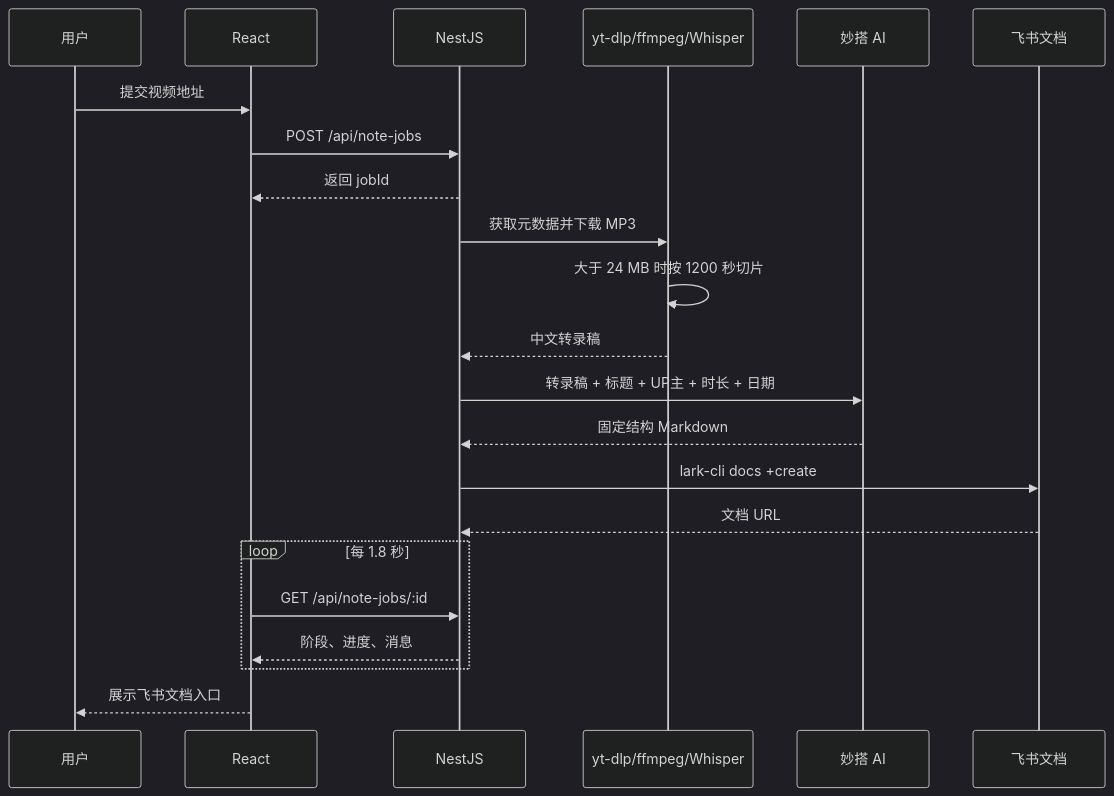
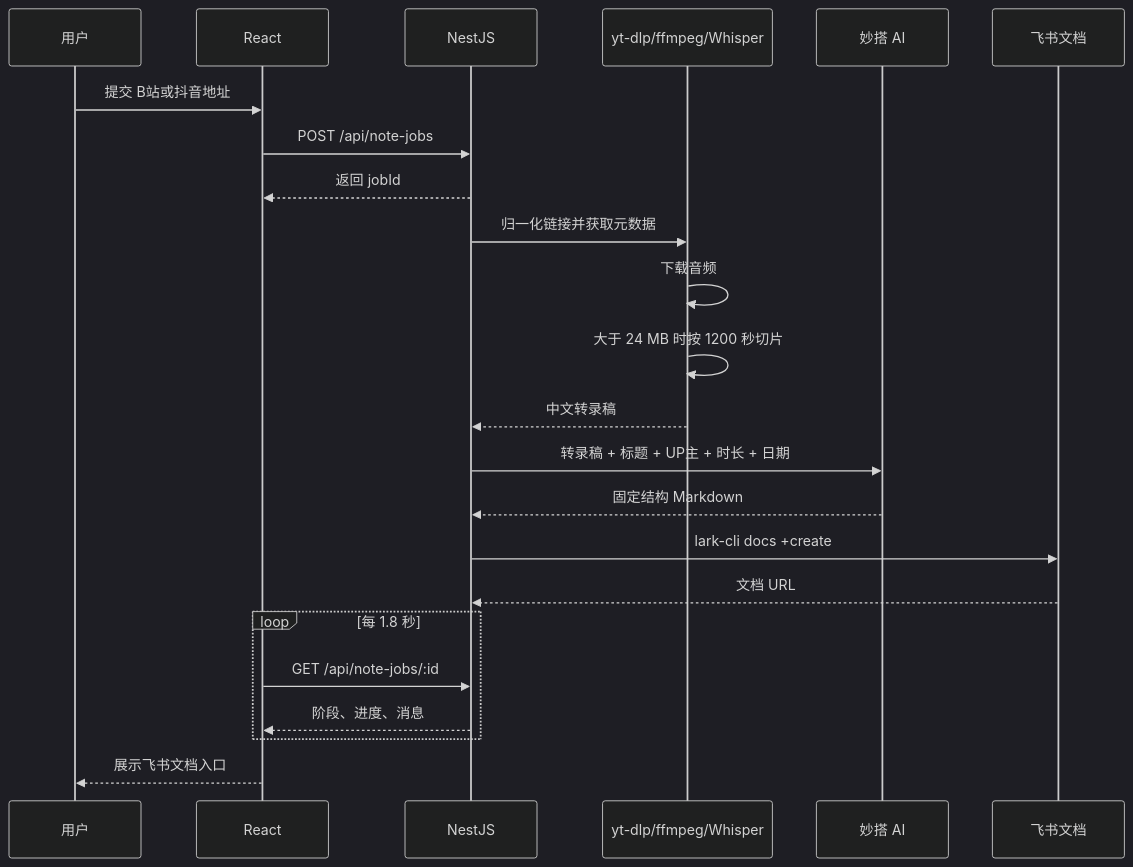
Before and after one commit to guangquan123/media-notes-workbench: the second of 2 diagrams in docs/PROJECT_GUIDE.md, drawn with Mermaid (dark theme). The commit also changed other lines of this file, not shown here.

````diff
--- a/docs/PROJECT_GUIDE.md
+++ b/docs/PROJECT_GUIDE.md
@@ -192,25 +234,26 @@
 ```mermaid
 sequenceDiagram
     participant User as 用户
     participant Web as React
     participant API as NestJS
     participant Local as yt-dlp/ffmpeg/Whisper
     participant AI as 妙搭 AI
     participant Lark as 飞书文档
 
-    User->>Web: 提交视频地址
+    User->>Web: 提交 B站或抖音地址
     Web->>API: POST /api/note-jobs
     API-->>Web: 返回 jobId
-    API->>Local: 获取元数据并下载 MP3
+    API->>Local: 归一化链接并获取元数据
+    Local->>Local: 下载音频
     Local->>Local: 大于 24 MB 时按 1200 秒切片
     Local-->>API: 中文转录稿
     API->>AI: 转录稿 + 标题 + UP主 + 时长 + 日期
     AI-->>API: 固定结构 Markdown
     API->>Lark: lark-cli docs +create
     Lark-->>API: 文档 URL
     loop 每 1.8 秒
         Web->>API: GET /api/note-jobs/:id
         API-->>Web: 阶段、进度、消息
     end
     Web-->>User: 展示飞书文档入口
 ```
````
